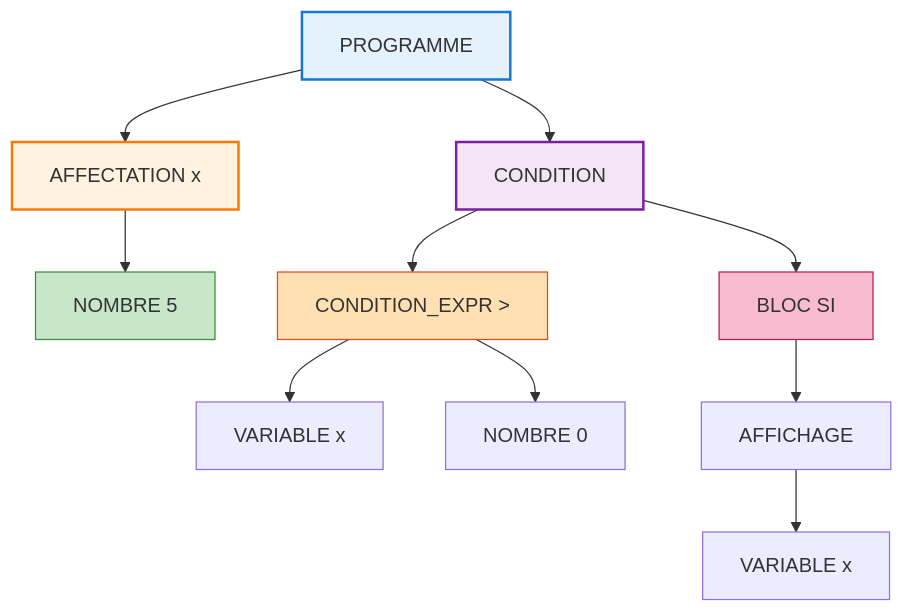
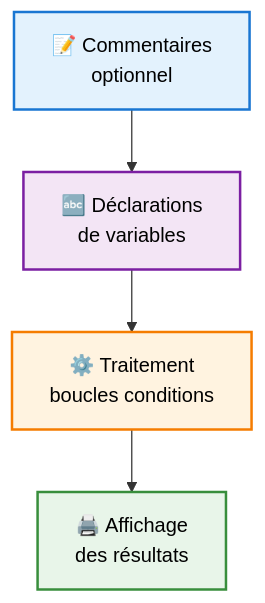
Before and after one commit to Yahia995/galant-compiler: the second of 6 diagrams in ARCHITECTURE.md, drawn with Mermaid. The commit also changed other lines of this file, not shown here.

````diff
--- a/ARCHITECTURE.md
+++ b/ARCHITECTURE.md
@@ -430,23 +239,11 @@
 ```mermaid
 graph TD
-    A[PROGRAMME] --> B[AFFECTATION x]
-    A --> C[CONDITION]
+    A["📝 Commentaires<br/>optionnel"] --> B["🔤 Déclarations<br/>de variables"]
+    B --> C["⚙️ Traitement<br/>boucles conditions"]
+    C --> D["🖨️ Affichage<br/>des résultats"]
     
-    B --> B1[NOMBRE 5]
-    
-    C --> C1[CONDITION_EXPR >]
-    C --> C2[BLOC SI]
-    
-    C1 --> C1A[VARIABLE x]
-    C1 --> C1B[NOMBRE 0]
-    
-    C2 --> C2A[AFFICHAGE]
-    C2A --> C2A1[VARIABLE x]
-    
-    style A fill:#e3f2fd,stroke:#1976d2,stroke-width:2px
-    style B fill:#fff3e0,stroke:#f57c00,stroke-width:2px
-    style C fill:#f3e5f5,stroke:#7b1fa2,stroke-width:2px
-    style B1 fill:#c8e6c9,stroke:#388e3c
-    style C1 fill:#ffe0b2,stroke:#e64a19
-    style C2 fill:#f8bbd0,stroke:#c2185b
+    style A fill:#e3f2fd,stroke:#1976d2,stroke-width:2px,color:#000000
+    style B fill:#f3e5f5,stroke:#7b1fa2,stroke-width:2px,color:#000000
+    style C fill:#fff3e0,stroke:#f57c00,stroke-width:2px,color:#000000
+    style D fill:#e8f5e9,stroke:#388e3c,stroke-width:2px,color:#000000
 ```
````
